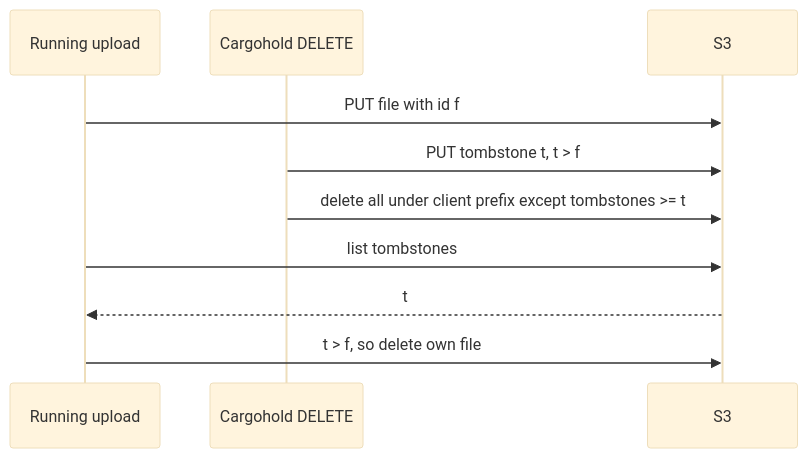
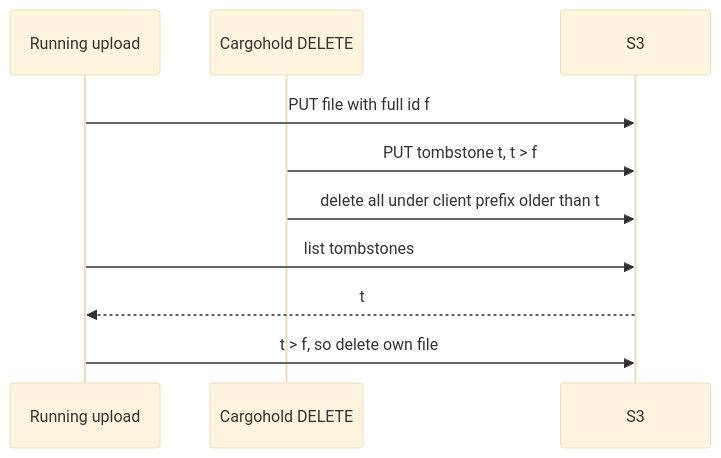
One commit to wireapp/wire-server changed the first of 2 diagrams in rfc-draft-backup-endpoints.md. Above: the diagram before and after it, drawn with Mermaid (base theme). The commit also changed other lines of this file and 1 other file, not shown here.

Commit message:
Docs: client backup delete keeps files newer than the tombstone

````diff
--- a/rfc-draft-backup-endpoints.md
+++ b/rfc-draft-backup-endpoints.md
@@ -690,12 +693,12 @@
 ```mermaid
 sequenceDiagram
     participant U as Running upload
     participant C as Cargohold DELETE
     participant S as S3
-    U->>S: PUT file with id f
+    U->>S: PUT file with full id f
     C->>S: PUT tombstone t, t > f
-    C->>S: delete all under client prefix except tombstones >= t
+    C->>S: delete all under client prefix older than t
     U->>S: list tombstones
     S-->>U: t
     U->>S: t > f, so delete own file
 ```
````
